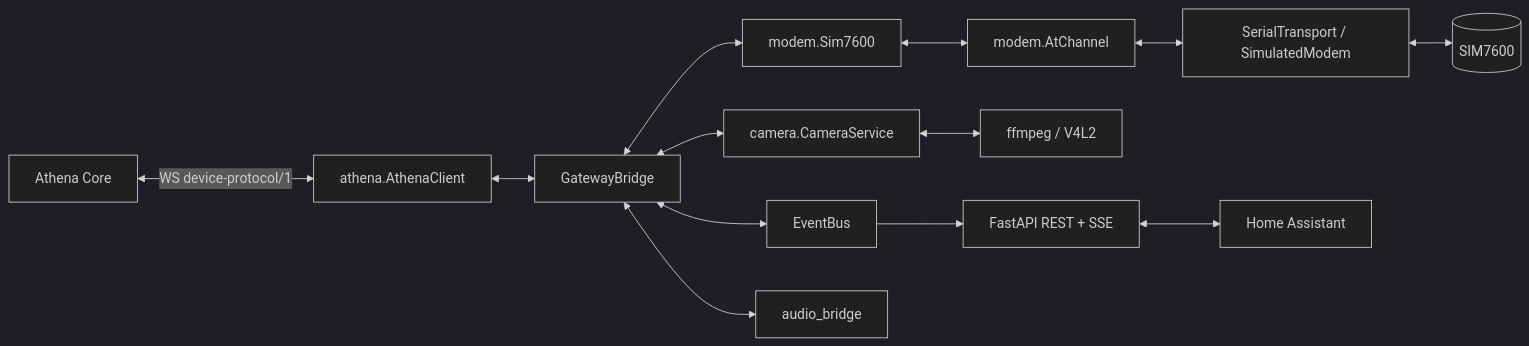
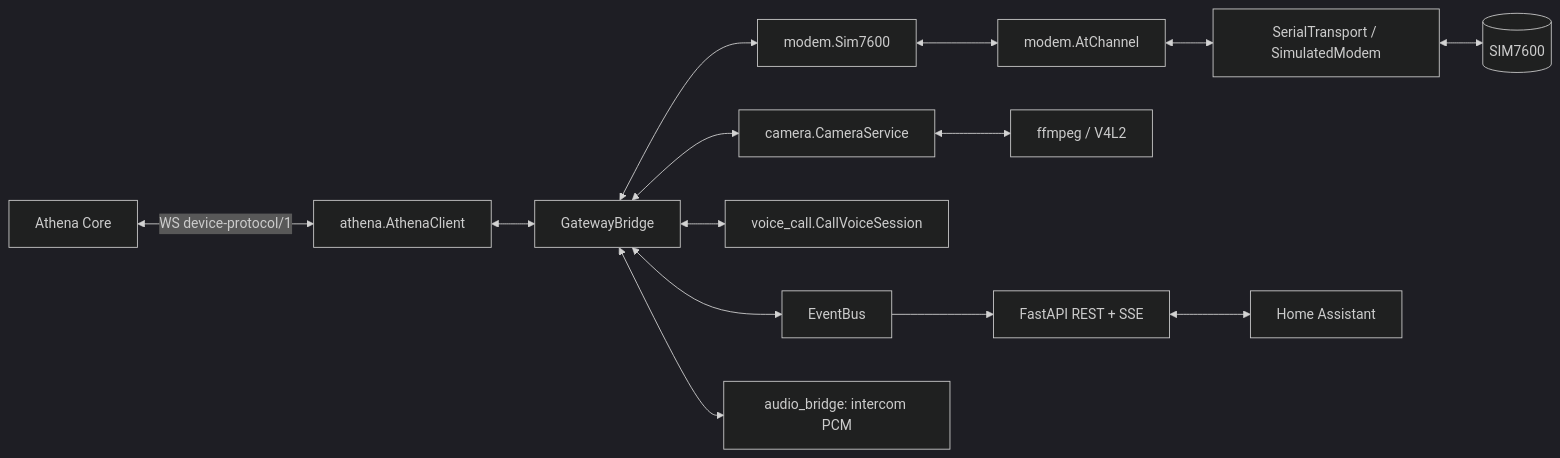
The first of 4 diagrams in docs/ARCHITECTURE.md (ruslan200065/AthenaAssistantGSMHA), drawn with Mermaid (dark theme) before and after one commit. The commit also changed other lines of this file and 7 other files, not shown here.

````diff
--- a/docs/ARCHITECTURE.md
+++ b/docs/ARCHITECTURE.md
@@ -6,15 +6,16 @@
 ```mermaid
 flowchart LR
   CORE[Athena Core] <-->|WS device-protocol/1| AC[athena.AthenaClient]
   AC <--> BR[GatewayBridge]
   BR <--> MD[modem.Sim7600]
   MD <--> AT[modem.AtChannel]
   AT <--> TR[SerialTransport / SimulatedModem]
   TR <--> HW[(SIM7600)]
   BR <--> CAM[camera.CameraService]
   CAM <--> FF[ffmpeg / V4L2]
+  BR <--> VC[voice_call.CallVoiceSession]
   BR <--> BUS[EventBus]
   BUS --> API[FastAPI REST + SSE]
   API <--> HA[Home Assistant]
-  BR <--> AUD[audio_bridge]
+  BR <--> AUD[audio_bridge: intercom PCM]
 ```
````
